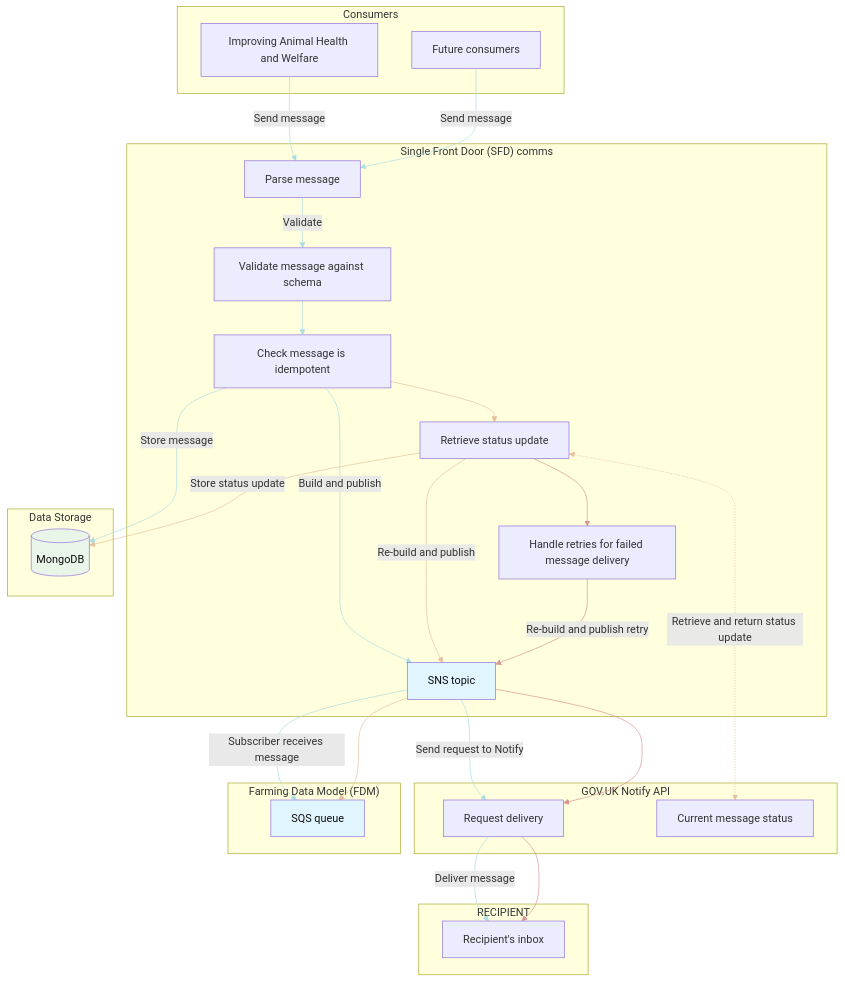
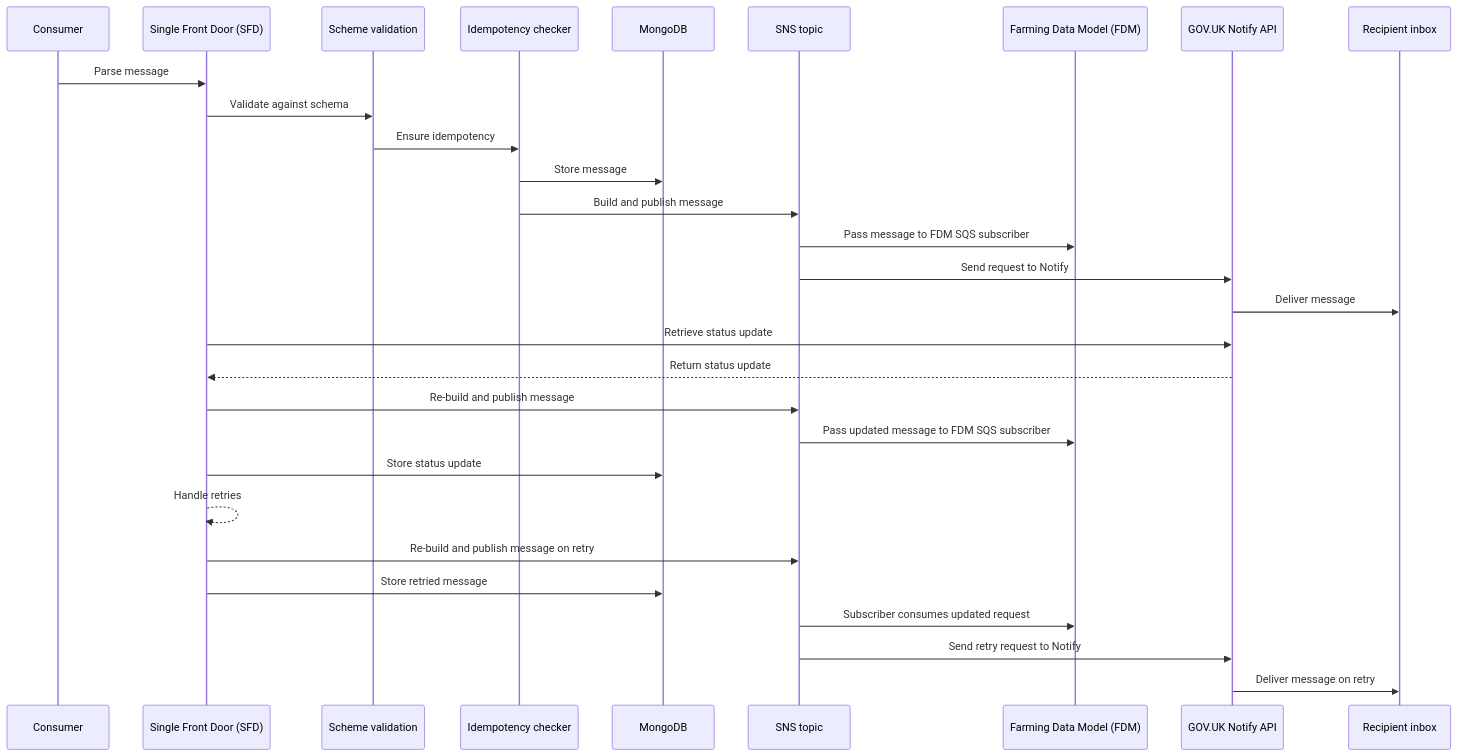
The first of 2 diagrams in README.md (DEFRA/fcp-sfd-comms), drawn with Mermaid before and after one commit. The commit also changed other lines of this file, not shown here.

````diff
--- a/README.md
+++ b/README.md
@@ -17,76 +21,34 @@
 ```mermaid
-graph
-    subgraph "Consumers"
-        IAHW[Improving Animal Health and Welfare]
-        FUTURE[Future consumers]
-    end
-    
-    subgraph "Single Front Door (SFD) comms"
-        PARSE[Parse message]
-        VALIDATION[Validate message against schema]
-        IDEMPOTENCY_CHECK[Check message is idempotent]
-        SNS[SNS topic]
-        UPDATE[Retrieve status update]
-        RETRY[Handle retries for failed message delivery]
-    end
+sequenceDiagram
+    participant CONSUMER as Consumer
+    participant SFD as Single Front Door (SFD)
+    participant VALIDATOR as Scheme validation
+    participant IDEMPOTENCY_CHECKER as Idempotency checker
+    participant MONGO as MongoDB
+    participant SNS as SNS topic
+    participant FDM as Farming Data Model (FDM)
+    participant NOTIFY as GOV.UK Notify API
+    participant RECIPIENT as Recipient inbox
 
-    subgraph "GOV.UK Notify API"
-        NOTIFY[Request delivery]
-        STATUS[Current message status]
-    end
+    CONSUMER->>SFD: Parse message
+    SFD->>VALIDATOR: Validate against schema
+    VALIDATOR->>IDEMPOTENCY_CHECKER: Ensure idempotency
+    IDEMPOTENCY_CHECKER->>MONGO: Store message
+    IDEMPOTENCY_CHECKER->>SNS: Build and publish message
+    SNS->>FDM: Pass message to FDM SQS subscriber
+    SNS->>NOTIFY: Send request to Notify
+    NOTIFY->>RECIPIENT: Deliver message
 
-    subgraph "Farming Data Model (FDM)"
-        SQS[SQS queue]
-    end
+    SFD->>NOTIFY: Retrieve status update
+    NOTIFY-->>SFD: Return status update
+    SFD->>SNS: Re-build and publish message
+    SNS->>FDM: Pass updated message to FDM SQS subscriber
+    SFD->>MONGO: Store status update
 
-    subgraph "Data Storage"
-        MONGO[(MongoDB)]
-    end
-
-
-    subgraph "RECIPIENT"
-        DELIVERY[Recipient's inbox]
-    end
-    
-    IAHW -->|Send message| PARSE
-    FUTURE -->|Send message| PARSE
-    PARSE -->|Validate| VALIDATION
-    VALIDATION --> IDEMPOTENCY_CHECK
-    IDEMPOTENCY_CHECK -->|Build and publish| SNS
-    IDEMPOTENCY_CHECK -->|Store message| MONGO
-    SNS -->|Subscriber receives message| SQS
-    SNS -->|Send request to Notify| NOTIFY
-    NOTIFY -->|Deliver message| DELIVERY
-    IDEMPOTENCY_CHECK --> UPDATE
-    UPDATE <-.->|Retrieve and return status update| STATUS
-    UPDATE -->|Store status update| MONGO
-    UPDATE -->|Re-build and publish|SNS
-    SNS --> SQS
-    UPDATE --> RETRY
-    RETRY -->|Re-build and publish retry| SNS
-    SNS --> NOTIFY
-    NOTIFY --> DELIVERY
-
-    linkStyle 0 stroke:#aadee3
-    linkStyle 1 stroke:#aadee3
-    linkStyle 2 stroke:#aadee3
-    linkStyle 3 stroke:#aadee3
-    linkStyle 4 stroke:#aadee3
-    linkStyle 5 stroke:#aadee3
-    linkStyle 6 stroke:#aadee3
-    linkStyle 7 stroke:#aadee3
-    linkStyle 8 stroke:#aadee3
-    linkStyle 9 stroke:#e6c19c
-    linkStyle 10 stroke:#e6c19c
-    linkStyle 11 stroke:#e6c19c
-    linkStyle 12 stroke:#e6c19c
-    linkStyle 13 stroke:#e6c19c
-    linkStyle 14 stroke:#db9393
-    linkStyle 15 stroke:#db9393
-    linkStyle 16 stroke:#db9393
-    linkStyle 17 stroke:#db9393
-
-    style MONGO fill:#e8f5e8,color:#0E0E0E
-    style SNS fill:#e1f5fe,color:#0E0E0E
-    style SQS fill:#e1f5fe,color:#0E0E0E
+    SFD-->>SFD: Handle retries
+    SFD->>SNS: Re-build and publish message on retry
+    SFD->>MONGO: Store retried message
+    SNS->>FDM: Subscriber consumes updated request
+    SNS->>NOTIFY: Send retry request to Notify
+    NOTIFY->>RECIPIENT: Deliver message on retry
 ```
````
